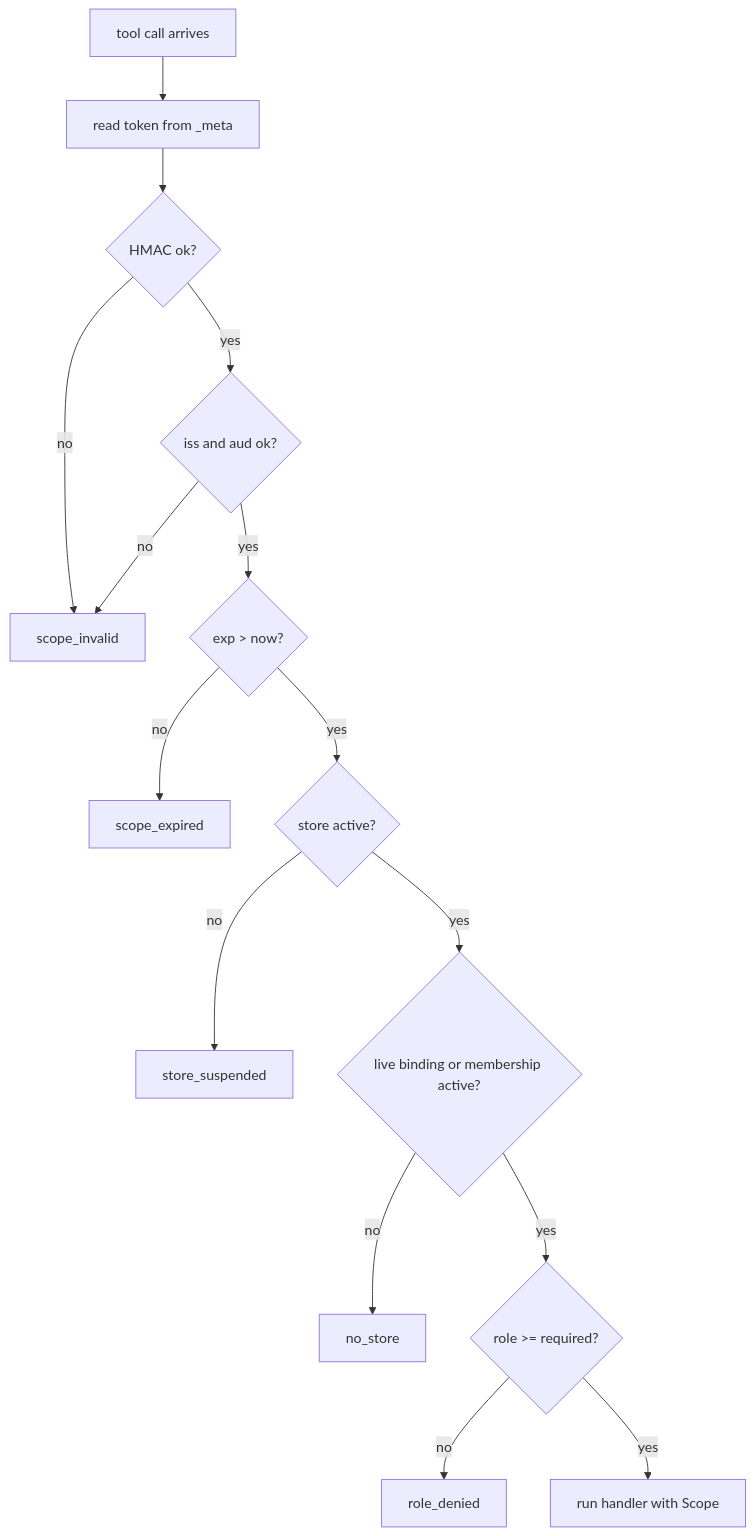
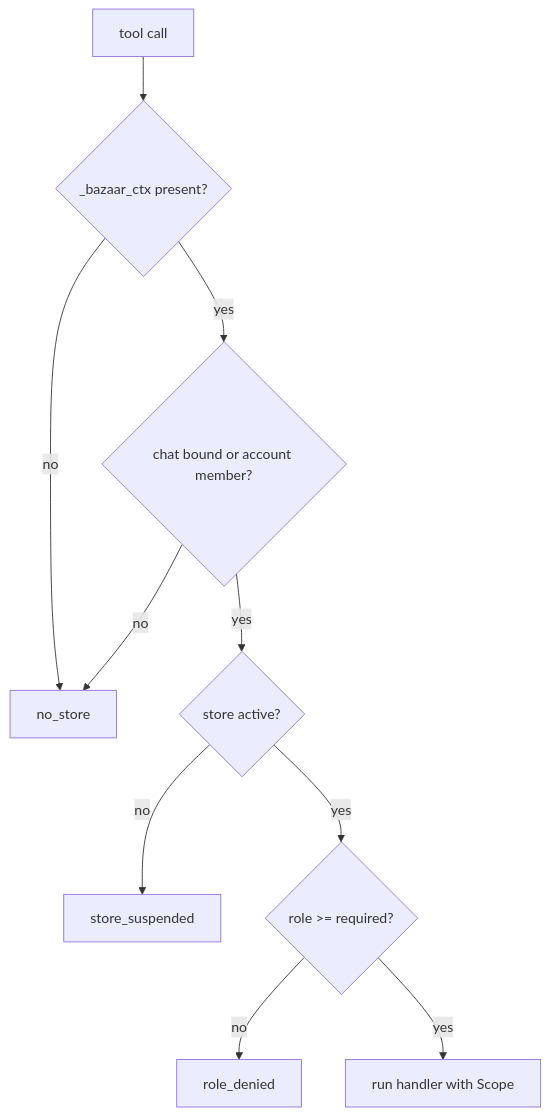
One commit to danielistyo/mini-bazaar changed the third of 3 diagrams in docs/adr/0001-authorization-at-the-channel-hop.md. Above: the diagram before and after it, drawn with Mermaid. The commit also changed other lines of this file and 2 other files, not shown here.

````diff
--- a/docs/adr/0001-authorization-at-the-channel-hop.md
+++ b/docs/adr/0001-authorization-at-the-channel-hop.md
@@ -75,17 +93,12 @@
 ```mermaid
 flowchart TD
-    A["tool call arrives"] --> B["read token from _meta"]
-    B --> C{"HMAC ok?"}
-    C -->|no| E1["scope_invalid"]
-    C -->|yes| D{"iss and aud ok?"}
-    D -->|no| E1
-    D -->|yes| F{"exp > now?"}
-    F -->|no| E2["scope_expired"]
-    F -->|yes| G{"store active?"}
-    G -->|no| E3["store_suspended"]
-    G -->|yes| H{"live binding or membership active?"}
-    H -->|no| E4["no_store"]
-    H -->|yes| I{"role >= required?"}
-    I -->|no| E5["role_denied"]
-    I -->|yes| J["run handler with Scope"]
+    A["tool call"] --> B{"_bazaar_ctx present?"}
+    B -->|no| E1["no_store"]
+    B -->|yes| C{"chat bound or account member?"}
+    C -->|no| E1
+    C -->|yes| D{"store active?"}
+    D -->|no| E2["store_suspended"]
+    D -->|yes| F{"role >= required?"}
+    F -->|no| E3["role_denied"]
+    F -->|yes| G["run handler with Scope"]
 ```
````
